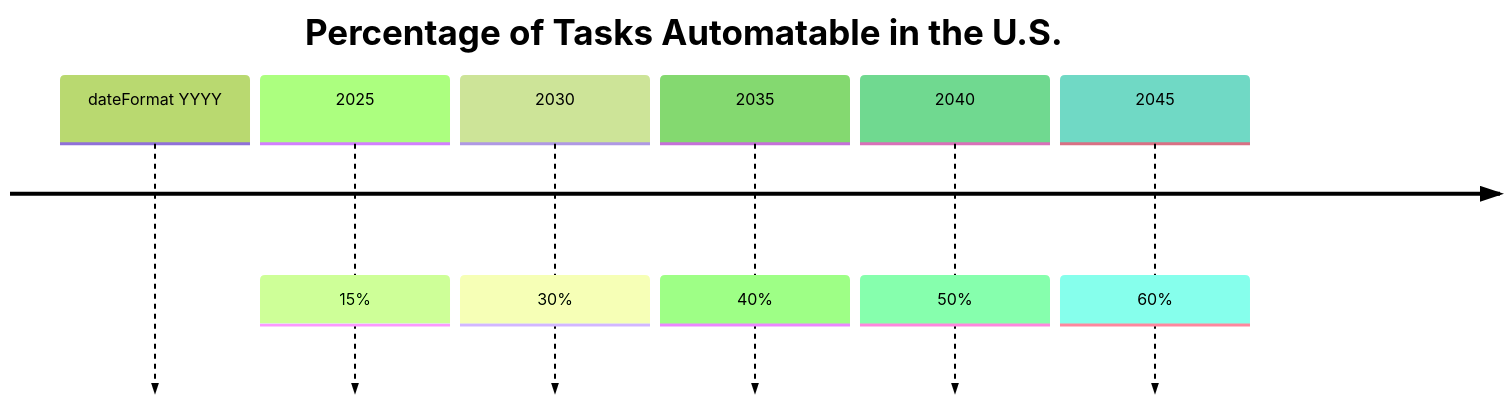
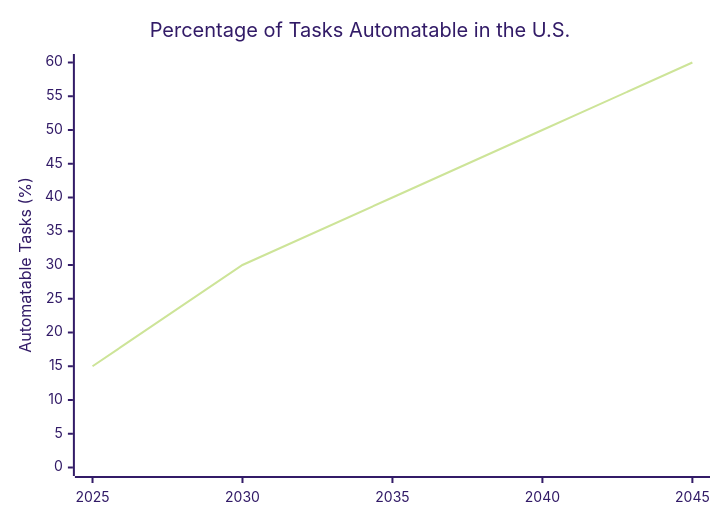
The third of 4 diagrams in ai/ai-impact/README.md (andrewmkhoury/notes), drawn with Mermaid (forest theme) before and after one commit. The commit also changed other lines of this file, not shown here.

````diff
--- a/ai/ai-impact/README.md
+++ b/ai/ai-impact/README.md
@@ -178,10 +175,7 @@
 ```mermaid
-timeline
-title Percentage of Tasks Automatable in the U.S.
-dateFormat YYYY
-2025 : 15%
-2030 : 30%
-2035 : 40%
-2040 : 50%
-2045 : 60%
+xychart-beta
+    title "Percentage of Tasks Automatable in the U.S."
+    x-axis ["2025", "2030", "2035", "2040", "2045"]
+    y-axis "Automatable Tasks (%)" 0 --> 60
+    line [15, 30, 40, 50, 60]
 ```
````
